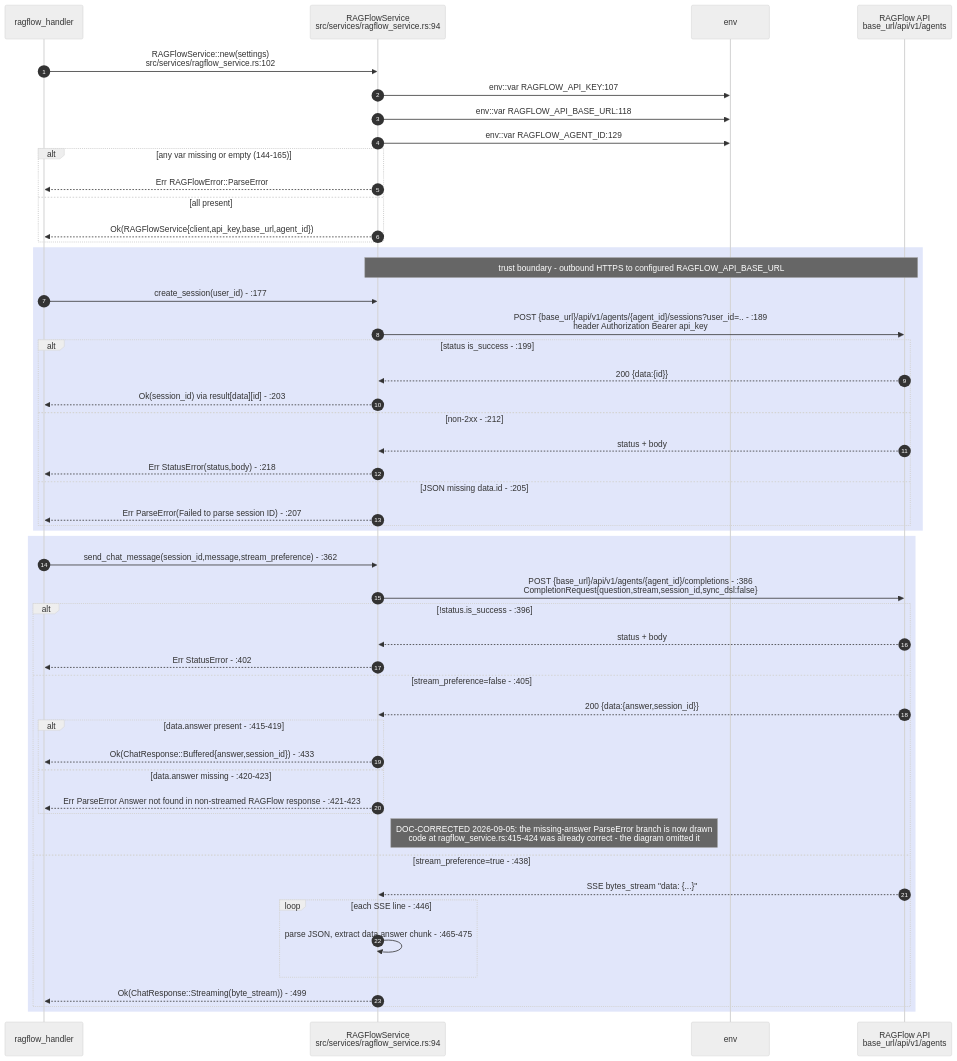
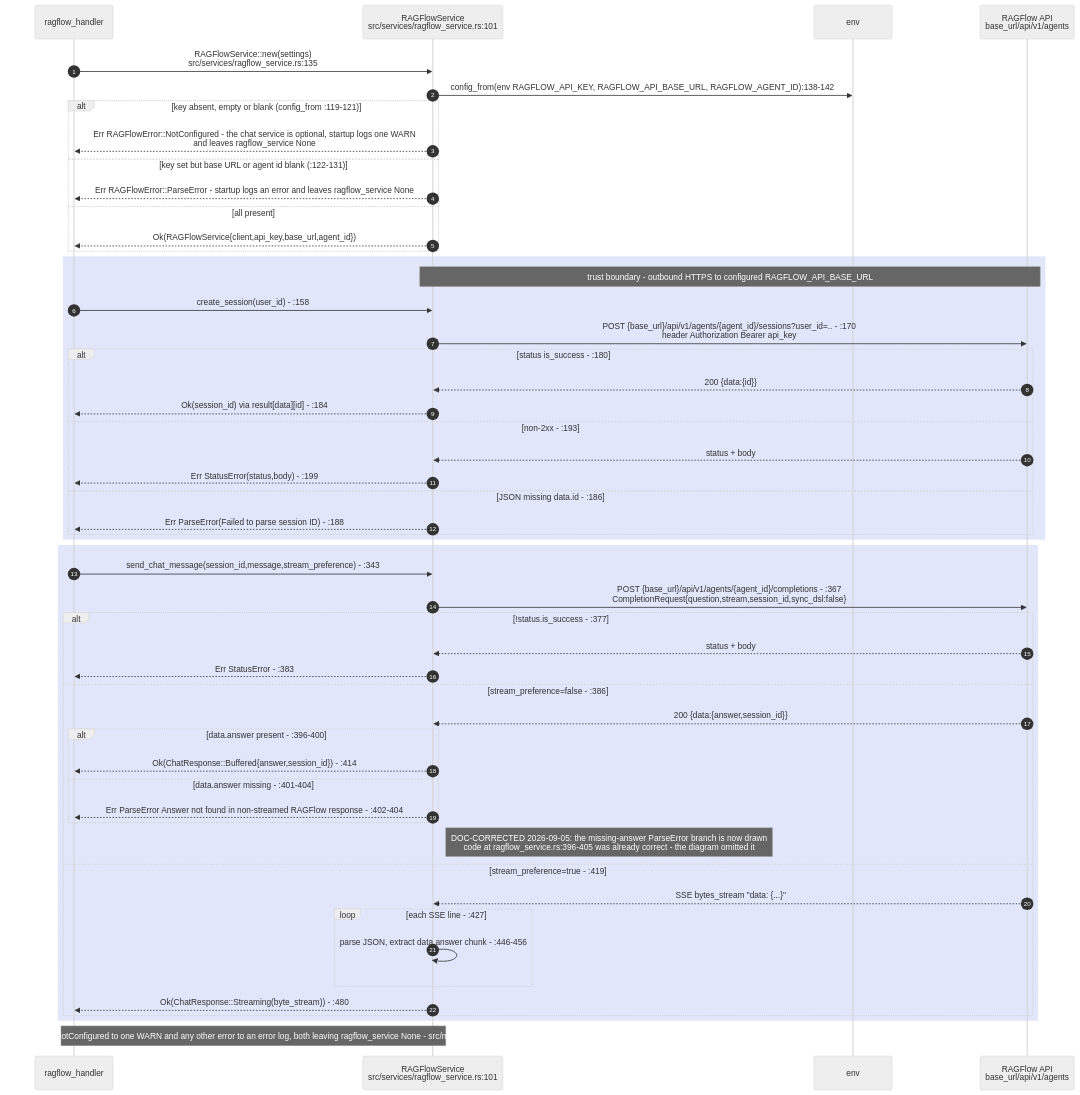
Before and after one commit to DreamLab-AI/VisionFlow: the first of 8 diagrams in docs/diagrams/visionclaw/28-external-services.md, drawn with Mermaid (neutral theme). The commit also changed other lines of this file and 160 other files, not shown here.

````diff
--- a/docs/diagrams/visionclaw/28-external-services.md
+++ b/docs/diagrams/visionclaw/28-external-services.md
@@ -25,56 +28,57 @@
 ```mermaid
 sequenceDiagram
     autonumber
     participant H as ragflow_handler
-    participant RS as RAGFlowService<br/>src/services/ragflow_service.rs:94
+    participant RS as RAGFlowService<br/>src/services/ragflow_service.rs:101
     participant ENV as env
     participant RF as RAGFlow API<br/>base_url/api/v1/agents
 
-    H->>RS: RAGFlowService::new(settings)<br/>src/services/ragflow_service.rs:102
-    RS->>ENV: env::var RAGFLOW_API_KEY:107
-    RS->>ENV: env::var RAGFLOW_API_BASE_URL:118
-    RS->>ENV: env::var RAGFLOW_AGENT_ID:129
-    alt any var missing or empty (144-165)
-        RS-->>H: Err RAGFlowError::ParseError
+    H->>RS: RAGFlowService::new(settings)<br/>src/services/ragflow_service.rs:135
+    RS->>ENV: config_from(env RAGFLOW_API_KEY, RAGFLOW_API_BASE_URL, RAGFLOW_AGENT_ID):138-142
+    alt key absent, empty or blank (config_from :119-121)
+        RS-->>H: Err RAGFlowError::NotConfigured - the chat service is optional, startup logs one WARN<br/>and leaves ragflow_service None
+    else key set but base URL or agent id blank (:122-131)
+        RS-->>H: Err RAGFlowError::ParseError - startup logs an error and leaves ragflow_service None
     else all present
         RS-->>H: Ok(RAGFlowService{client,api_key,base_url,agent_id})
     end
 
     rect rgb(225,230,250)
     Note over RS,RF: trust boundary - outbound HTTPS to configured RAGFLOW_API_BASE_URL
-    H->>RS: create_session(user_id) - :177
-    RS->>RF: POST {base_url}/api/v1/agents/{agent_id}/sessions?user_id=.. - :189<br/>header Authorization Bearer api_key
-    alt status is_success - :199
+    H->>RS: create_session(user_id) - :158
+    RS->>RF: POST {base_url}/api/v1/agents/{agent_id}/sessions?user_id=.. - :170<br/>header Authorization Bearer api_key
+    alt status is_success - :180
         RF-->>RS: 200 {data:{id}}
-        RS-->>H: Ok(session_id) via result[data][id] - :203
-    else non-2xx - :212
+        RS-->>H: Ok(session_id) via result[data][id] - :184
+    else non-2xx - :193
         RF-->>RS: status + body
-        RS-->>H: Err StatusError(status,body) - :218
-    else JSON missing data.id - :205
-        RS-->>H: Err ParseError(Failed to parse session ID) - :207
+        RS-->>H: Err StatusError(status,body) - :199
+    else JSON missing data.id - :186
+        RS-->>H: Err ParseError(Failed to parse session ID) - :188
     end
     end
 
     rect rgb(225,230,250)
-    H->>RS: send_chat_message(session_id,message,stream_preference) - :362
-    RS->>RF: POST {base_url}/api/v1/agents/{agent_id}/completions - :386<br/>CompletionRequest{question,stream,session_id,sync_dsl:false}
-    alt !status.is_success - :396
+    H->>RS: send_chat_message(session_id,message,stream_preference) - :343
+    RS->>RF: POST {base_url}/api/v1/agents/{agent_id}/completions - :367<br/>CompletionRequest{question,stream,session_id,sync_dsl:false}
+    alt !status.is_success - :377
         RF-->>RS: status + body
-        RS-->>H: Err StatusError - :402
-    else stream_preference=false - :405
+        RS-->>H: Err StatusError - :383
+    else stream_preference=false - :386
         RF-->>RS: 200 {data:{answer,session_id}}
-        alt data.answer present - :415-419
-            RS-->>H: Ok(ChatResponse::Buffered{answer,session_id}) - :433
-        else data.answer missing - :420-423
-            RS-->>H: Err ParseError Answer not found in non-streamed RAGFlow response - :421-423
+        alt data.answer present - :396-400
+            RS-->>H: Ok(ChatResponse::Buffered{answer,session_id}) - :414
+        else data.answer missing - :401-404
+            RS-->>H: Err ParseError Answer not found in non-streamed RAGFlow response - :402-404
         end
-        Note right of RS: DOC-CORRECTED 2026-09-05: the missing-answer ParseError branch is now drawn<br/>code at ragflow_service.rs:415-424 was already correct - the diagram omitted it
-    else stream_preference=true - :438
+        Note right of RS: DOC-CORRECTED 2026-09-05: the missing-answer ParseError branch is now drawn<br/>code at ragflow_service.rs:396-405 was already correct - the diagram omitted it
+    else stream_preference=true - :419
         RF-->>RS: SSE bytes_stream "data: {...}"
-        loop each SSE line - :446
-            RS->>RS: parse JSON, extract data.answer chunk - :465-475
+        loop each SSE line - :427
+            RS->>RS: parse JSON, extract data.answer chunk - :446-456
         end
-        RS-->>H: Ok(ChatResponse::Streaming(byte_stream)) - :499
+        RS-->>H: Ok(ChatResponse::Streaming(byte_stream)) - :480
     end
     end
+    Note over H,RS: startup maps NotConfigured to one WARN and any other error to an error log, both leaving ragflow_service None - src/main.rs:431-444
 ```
````
